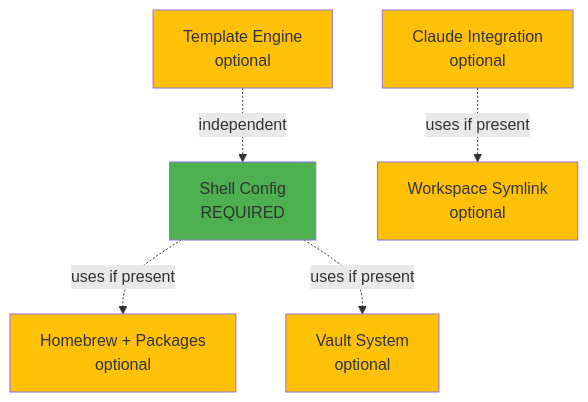
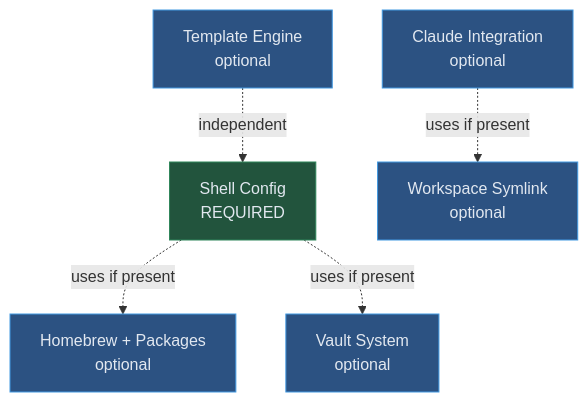
One commit to blackwell-systems/blackdot changed the second of 13 diagrams in docs/architecture.md. Above: the diagram before and after it, drawn with Mermaid. The commit also changed other lines of this file and 1 other file, not shown here.

First line of the commit message:
fix: update architecture diagram to night mode, rename alias d→b

````diff
--- a/docs/architecture.md
+++ b/docs/architecture.md
@@ -212,21 +212,21 @@
 ```mermaid
 graph TD
     SHELL["Shell Config<br/>REQUIRED"]
     BREW["Homebrew + Packages<br/>optional"]
     VAULT["Vault System<br/>optional"]
     WORKSPACE["Workspace Symlink<br/>optional"]
     CLAUDE["Claude Integration<br/>optional"]
     TEMPLATE["Template Engine<br/>optional"]
 
     SHELL -.->|uses if present| BREW
     SHELL -.->|uses if present| VAULT
     CLAUDE -.->|uses if present| WORKSPACE
     TEMPLATE -.->|independent| SHELL
 
-    style SHELL fill:#4CAF50
-    style BREW fill:#FFC107
-    style VAULT fill:#FFC107
-    style WORKSPACE fill:#FFC107
-    style CLAUDE fill:#FFC107
-    style TEMPLATE fill:#FFC107
+    style SHELL fill:#22543d,stroke:#2f855a,color:#e2e8f0
+    style BREW fill:#2c5282,stroke:#4299e1,color:#e2e8f0
+    style VAULT fill:#2c5282,stroke:#4299e1,color:#e2e8f0
+    style WORKSPACE fill:#2c5282,stroke:#4299e1,color:#e2e8f0
+    style CLAUDE fill:#2c5282,stroke:#4299e1,color:#e2e8f0
+    style TEMPLATE fill:#2c5282,stroke:#4299e1,color:#e2e8f0
 ```
````
